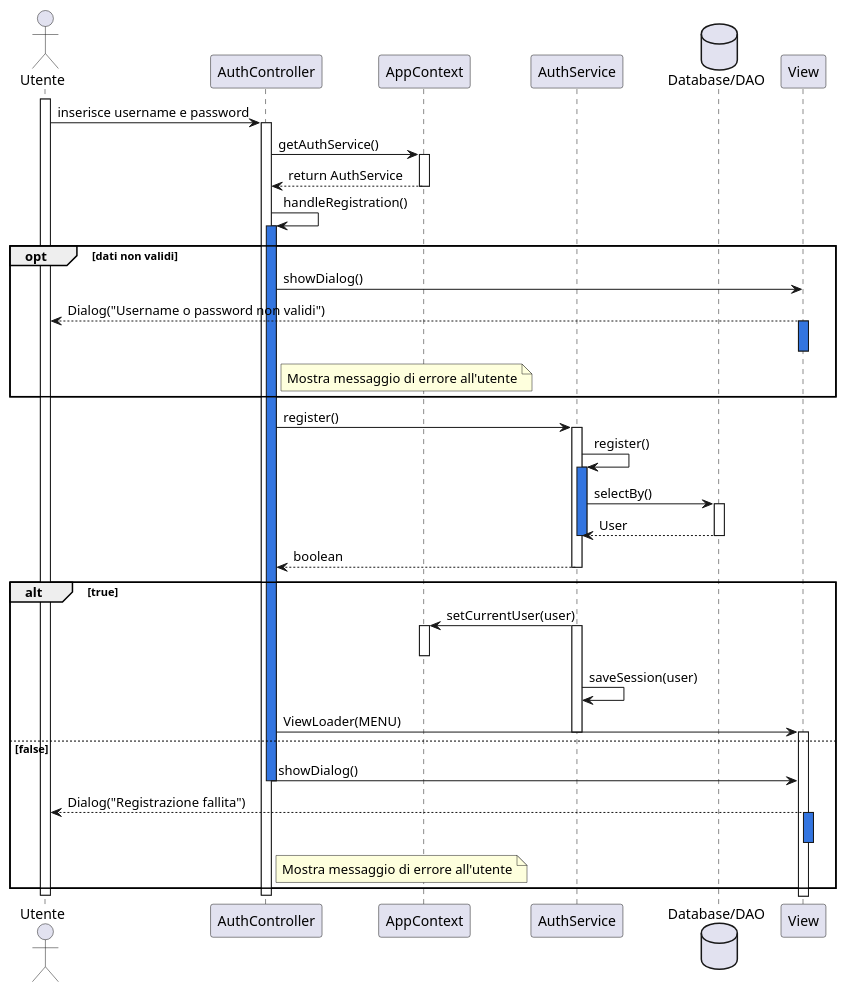
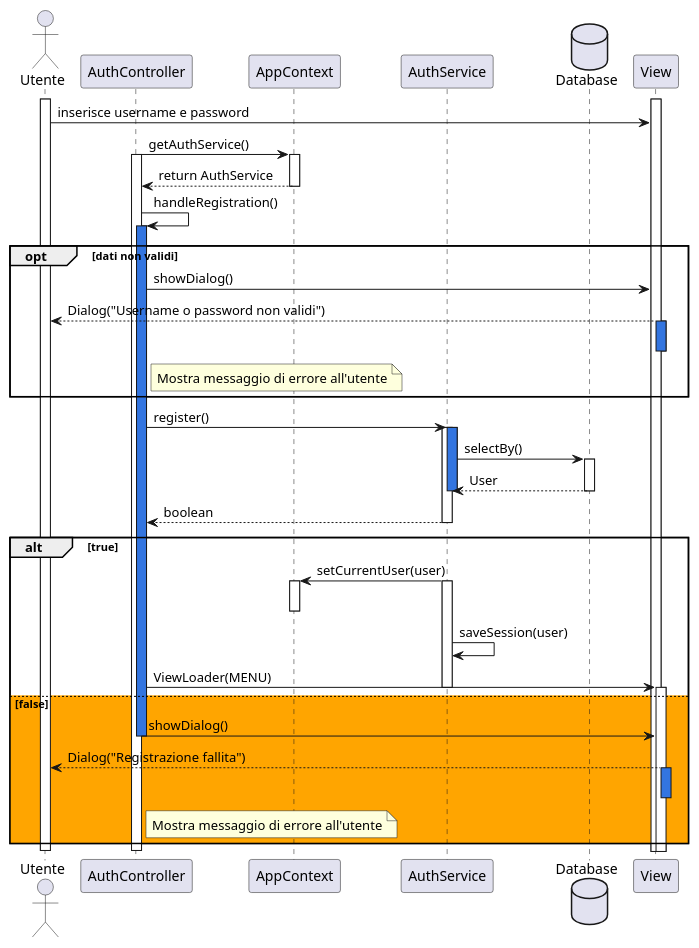
One commit to Bg735/Wordageddon-Gruppo_16 changed the diagram in docs/UML/DiagrammiSequenza/registration.puml. Above: the diagram before and after it, drawn with PlantUML. The commit also changed 18 other files, not shown here.

Commit message:
aggiornamento diagrammi di sequenza

```diff
--- a/docs/UML/DiagrammiSequenza/registration.puml
+++ b/docs/UML/DiagrammiSequenza/registration.puml
@@ -1,72 +1,73 @@
 @startuml
 actor Utente
 participant AuthController
 participant AppContext
 participant AuthService
-database "Database/DAO" as DB
+database "Database" as DB
 participant View
 
+activate View
 activate Utente
-Utente -> AuthController : inserisce username e password
+Utente -> View : inserisce username e password
+
+AuthController -> AppContext : getAuthService()
 activate AuthController
 
-AuthController -> AppContext : getAuthService()
 activate AppContext
 AppContext --> AuthController : return AuthService
 deactivate AppContext
 
 AuthController -> AuthController : handleRegistration()
 activate AuthController #3375E0
 
 opt dati non validi
     AuthController -> View : showDialog()
     View --> Utente : Dialog("Username o password non validi")
     activate View #3375E0
     note right of AuthController
         Mostra messaggio di errore all'utente
     end note
     deactivate View
 end
 
 activate AuthController #3375E0
 AuthController -> AuthService : register()
 
 activate AuthService
-AuthService -> AuthService : register()
 activate AuthService #3375E0
 AuthService -> DB : selectBy()
 
 activate DB
 
 DB --> AuthService : User
 deactivate DB
 deactivate AuthService
 
 AuthService --> AuthController : boolean
 deactivate AuthService
 
 alt true
     AuthService -> AppContext : setCurrentUser(user)
     activate AuthService
     activate AppContext
     deactivate AppContext
     AuthService->AuthService: saveSession(user)
     AuthController -> View : ViewLoader(MENU)
     deactivate AuthService
     activate View
     deactivate View
-else false
+else #orange false
     AuthController -> View :  showDialog()
     deactivate AuthController
     View --> Utente : Dialog("Registrazione fallita")
     note right of AuthController
         Mostra messaggio di errore all'utente
     end note
     activate View  #3375E0
     deactivate View
 end
 
 deactivate AuthService
 deactivate AuthController
 deactivate Utente
 @enduml
```
